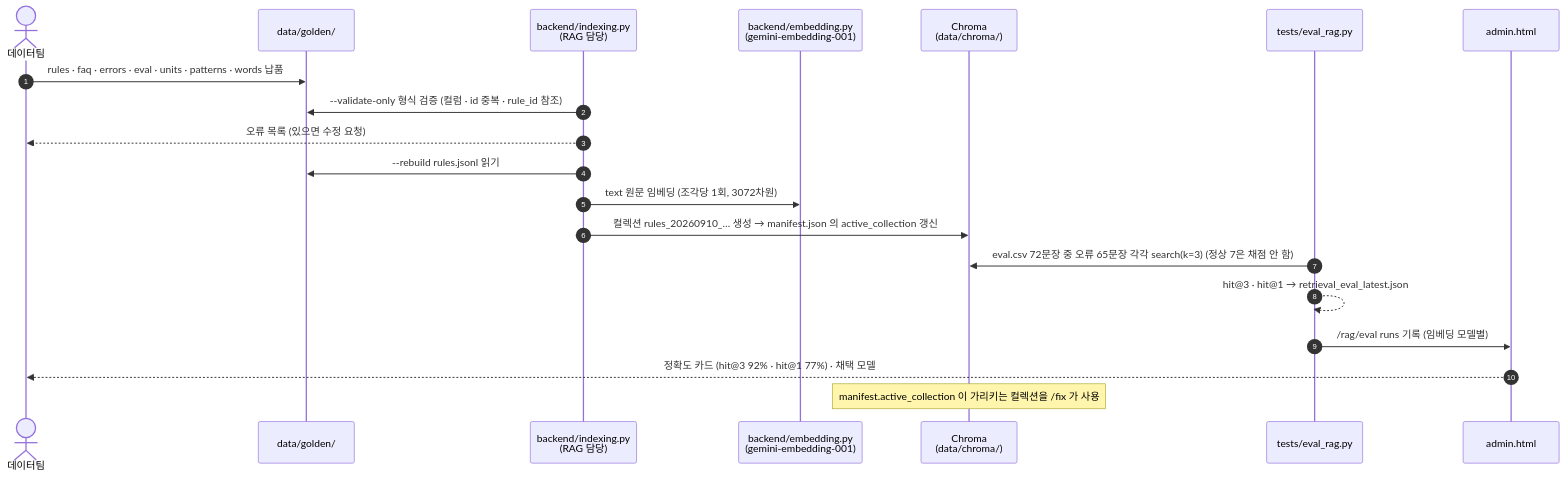
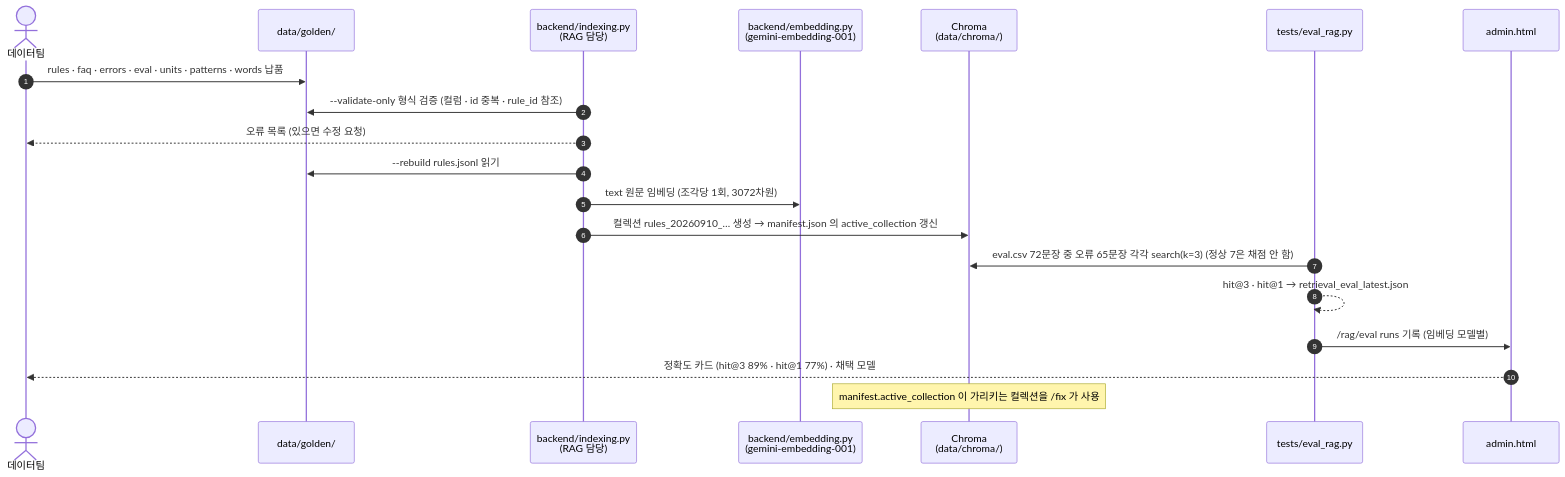
The fifth of 6 diagrams in docs/plan-B/diagrams.md (izzy215/elem-english-rag), drawn with Mermaid before and after one commit. The commit also changed 5 other files, not shown here.

````diff
--- a/docs/plan-B/diagrams.md
+++ b/docs/plan-B/diagrams.md
@@ -205,23 +205,23 @@
 ```mermaid
 sequenceDiagram
   autonumber
   actor D as 데이터팀
   participant G as data/golden/
   participant I as backend/indexing.py<br/>(RAG 담당)
   participant EM as backend/embedding.py<br/>(gemini-embedding-001)
   participant C as Chroma<br/>(data/chroma/)
   participant E as tests/eval_rag.py
   participant A as admin.html
 
   D->>G: rules · faq · errors · eval · units · patterns · words 납품
   I->>G: --validate-only 형식 검증 (컬럼 · id 중복 · rule_id 참조)
   I-->>D: 오류 목록 (있으면 수정 요청)
   I->>G: --rebuild rules.jsonl 읽기
   I->>EM: text 원문 임베딩 (조각당 1회, 3072차원)
   I->>C: 컬렉션 rules_20260910_… 생성 → manifest.json 의 active_collection 갱신
   E->>C: eval.csv 72문장 중 오류 65문장 각각 search(k=3) (정상 7은 채점 안 함)
   E-->>E: hit@3 · hit@1 → retrieval_eval_latest.json
   E->>A: /rag/eval runs 기록 (임베딩 모델별)
-  A-->>D: 정확도 카드 (hit@3 92% · hit@1 77%) · 채택 모델
+  A-->>D: 정확도 카드 (hit@3 89% · hit@1 77%) · 채택 모델
   Note over C: manifest.active_collection 이 가리키는 컬렉션을 /fix 가 사용
 ```
````
